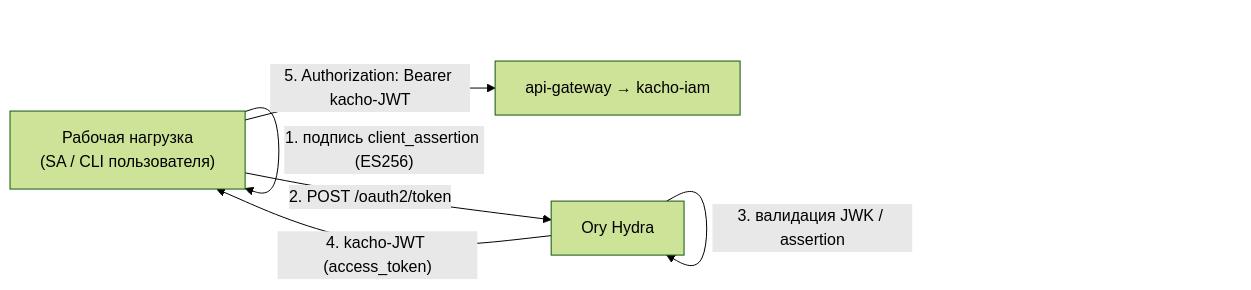
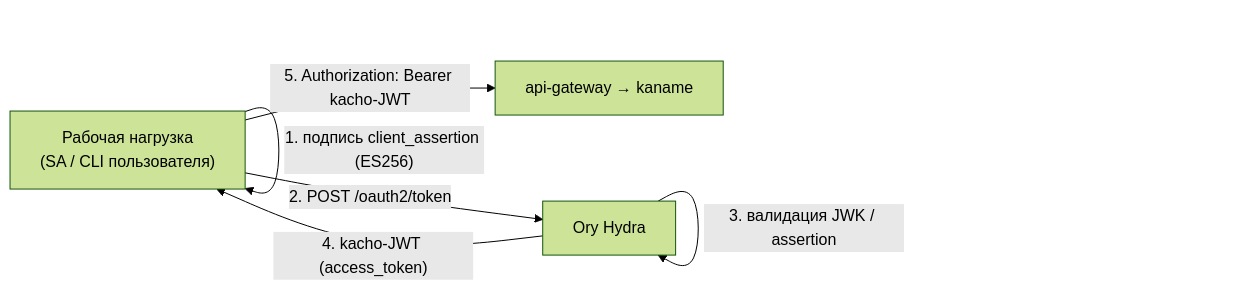
The diagram in services/iam/docs/content/api/tokens.mdx (PRO-Robotech/kacho), drawn with Mermaid (forest theme) before and after one commit. The commit also changed other lines of this file and 5005 other files, not shown here.

````diff
--- a/services/iam/docs/content/api/tokens.mdx
+++ b/services/iam/docs/content/api/tokens.mdx
@@ -461,8 +461,8 @@
 ```mermaid
 flowchart LR
   wl["Рабочая нагрузка<br/>(SA / CLI пользователя)"] -->|"1. подпись client_assertion (ES256)"| wl
   wl -->|"2. POST /oauth2/token"| hydra["Ory Hydra"]
   hydra -->|"3. валидация JWK / assertion"| hydra
   hydra -->|"4. kacho-JWT (access_token)"| wl
-  wl -->|"5. Authorization: Bearer kacho-JWT"| agw["api-gateway → kacho-iam"]
+  wl -->|"5. Authorization: Bearer kacho-JWT"| agw["api-gateway → kaname"]
 ```
````
